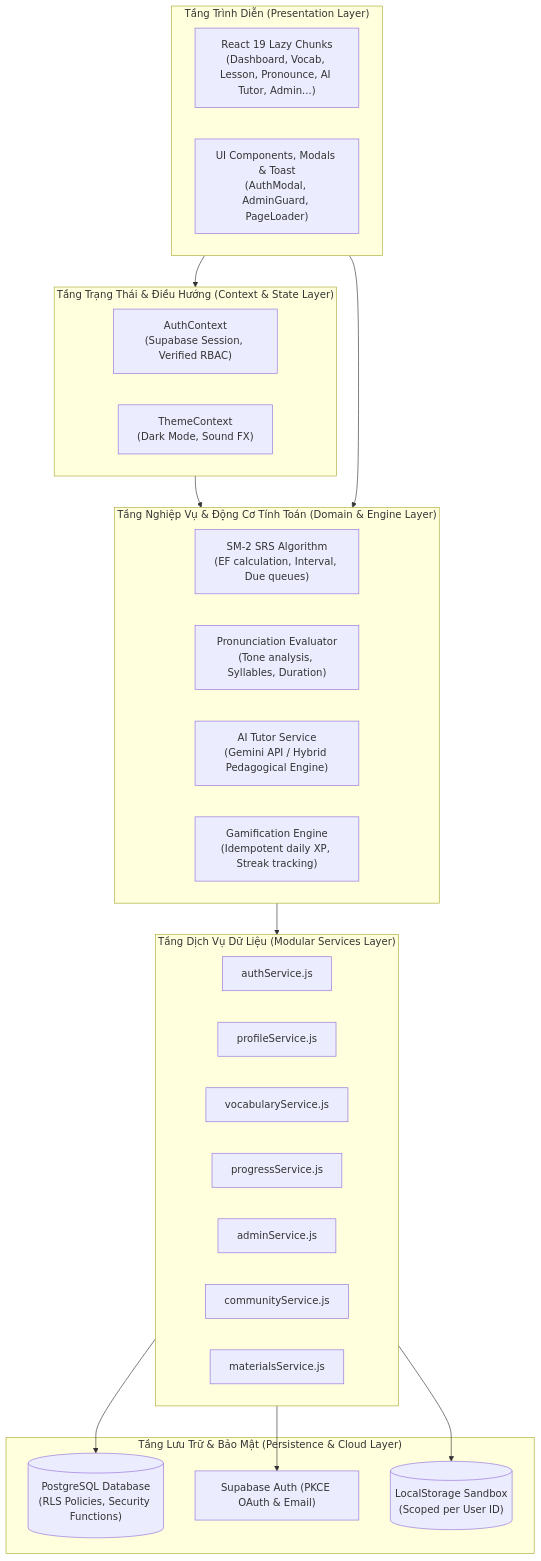
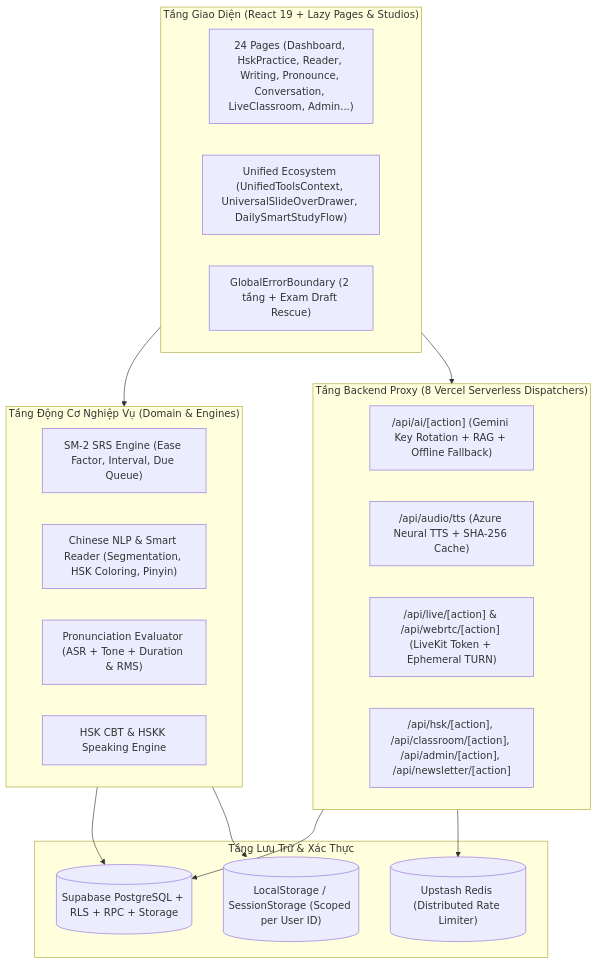
One commit to haidang1603/Hanzigo changed the diagram in README.md. Above: the diagram before and after it, drawn with Mermaid. The commit also changed other lines of this file and 104 other files, not shown here.

Commit message:
feat: production readiness audit, HSK 1-9 curriculum completeness, and HSK 7-9 integrated exam center

````diff
--- a/README.md
+++ b/README.md
@@ -27,43 +27,35 @@
 ```mermaid
 graph TD
-    subgraph UI ["Tầng Trình Diễn (Presentation Layer)"]
-        Pages["React 19 Lazy Chunks<br/>(Dashboard, Vocab, Lesson, Pronounce, AI Tutor, Admin...)"]
-        Components["UI Components, Modals & Toast<br/>(AuthModal, AdminGuard, PageLoader)"]
+    subgraph UI ["Tầng Giao Diện (React 19 + Lazy Pages & Studios)"]
+        Pages["24 Pages (Dashboard, HskPractice, Reader, Writing, Pronounce, Conversation, LiveClassroom, Admin...)"]
+        Ecosystem["Unified Ecosystem (UnifiedToolsContext, UniversalSlideOverDrawer, DailySmartStudyFlow)"]
+        ErrorShield["GlobalErrorBoundary (2 tầng + Exam Draft Rescue)"]
     end
 
-    subgraph State ["Tầng Trạng Thái & Điều Hướng (Context & State Layer)"]
-        AuthContext["AuthContext<br/>(Supabase Session, Verified RBAC)"]
-        ThemeContext["ThemeContext<br/>(Dark Mode, Sound FX)"]
+    subgraph Engines ["Tầng Động Cơ Nghiệp Vụ (Domain & Engines)"]
+        SRS["SM-2 SRS Engine (Ease Factor, Interval, Due Queue)"]
+        NLP["Chinese NLP & Smart Reader (Segmentation, HSK Coloring, Pinyin)"]
+        Phonetic["Pronunciation Evaluator (ASR + Tone + Duration & RMS)"]
+        ExamEngine["HSK CBT & HSKK Speaking Engine"]
     end
 
-    subgraph Logic ["Tầng Nghiệp Vụ & Động Cơ Tính Toán (Domain & Engine Layer)"]
-        SRSEngine["SM-2 SRS Algorithm<br/>(EF calculation, Interval, Due queues)"]
-        PhoneticEngine["Pronunciation Evaluator<br/>(Tone analysis, Syllables, Duration)"]
-        AIEngine["AI Tutor Service<br/>(Gemini API / Hybrid Pedagogical Engine)"]
-        Gamification["Gamification Engine<br/>(Idempotent daily XP, Streak tracking)"]
+    subgraph Serverless ["Tầng Backend Proxy (8 Vercel Serverless Dispatchers)"]
+        AI["/api/ai/[action] (Gemini Key Rotation + RAG + Offline Fallback)"]
+        Audio["/api/audio/tts (Azure Neural TTS + SHA-256 Cache)"]
+        Live["/api/live/[action] & /api/webrtc/[action] (LiveKit Token + Ephemeral TURN)"]
+        HSKApi["/api/hsk/[action], /api/classroom/[action], /api/admin/[action], /api/newsletter/[action]"]
     end
 
-    subgraph Services ["Tầng Dịch Vụ Dữ Liệu (Modular Services Layer)"]
-        AuthSvc["authService.js"]
-        ProfileSvc["profileService.js"]
-        VocabSvc["vocabularyService.js"]
-        ProgressSvc["progressService.js"]
-        AdminSvc["adminService.js"]
-        CommSvc["communityService.js"]
-        MatSvc["materialsService.js"]
+    subgraph Data ["Tầng Lưu Trữ & Xác Thực"]
+        Supabase[("Supabase PostgreSQL + RLS + RPC + Storage")]
+        Redis[("Upstash Redis (Distributed Rate Limiter)")]
+        Local[("LocalStorage / SessionStorage (Scoped per User ID)")]
     end
 
-    subgraph Persistence ["Tầng Lưu Trữ & Bảo Mật (Persistence & Cloud Layer)"]
-        SupabaseDB[("PostgreSQL Database<br/>(RLS Policies, Security Functions)")]
-        SupabaseAuth["Supabase Auth (PKCE OAuth & Email)"]
-        LocalStore[("LocalStorage Sandbox<br/>(Scoped per User ID)")]
-    end
-
-    UI --> State
-    State --> Logic
-    UI --> Logic
-    Logic --> Services
-    Services --> SupabaseDB
-    Services --> SupabaseAuth
-    Services --> LocalStore
+    UI --> Engines
+    UI --> Serverless
+    Engines --> Supabase
+    Engines --> Local
+    Serverless --> Supabase
+    Serverless --> Redis
 ```
````
